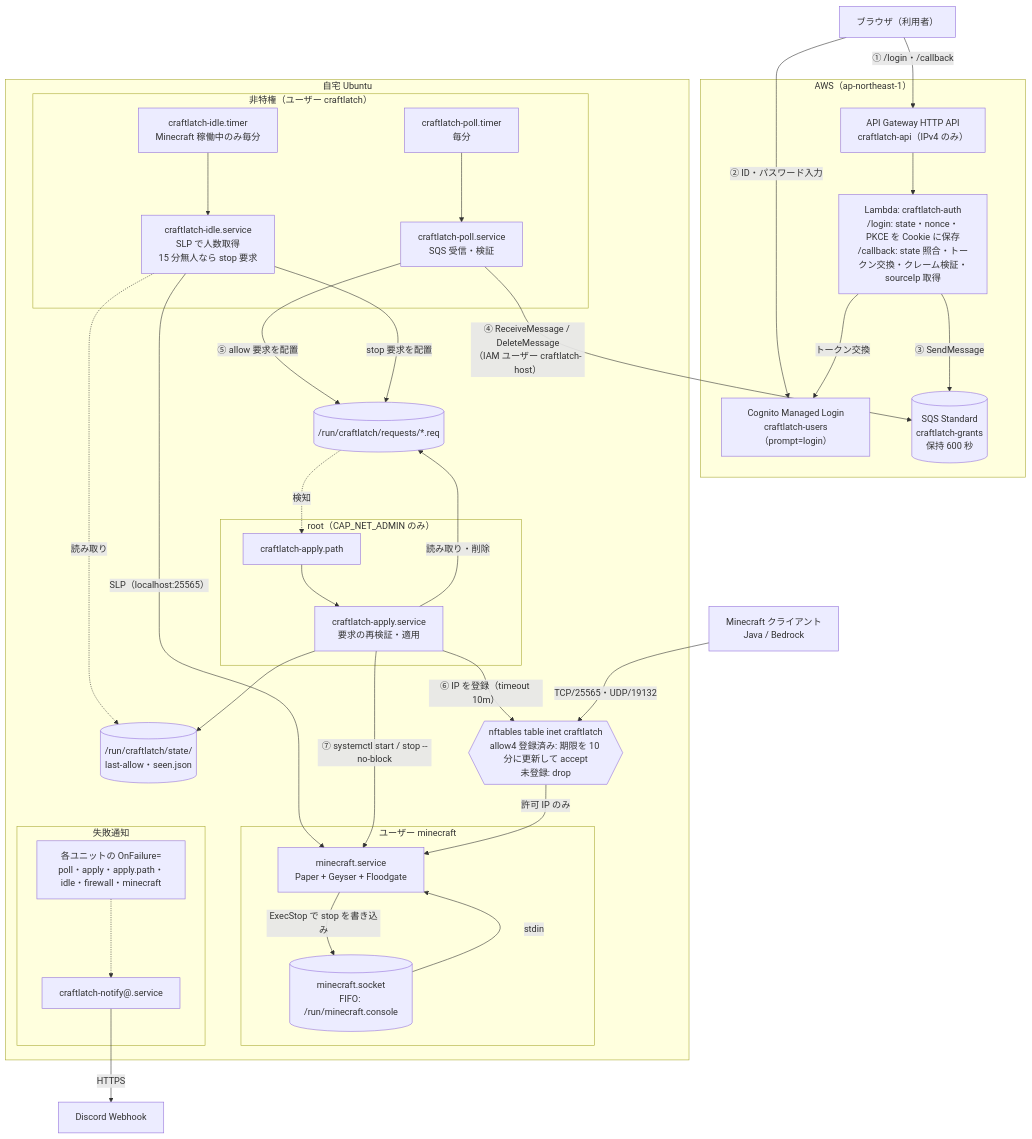
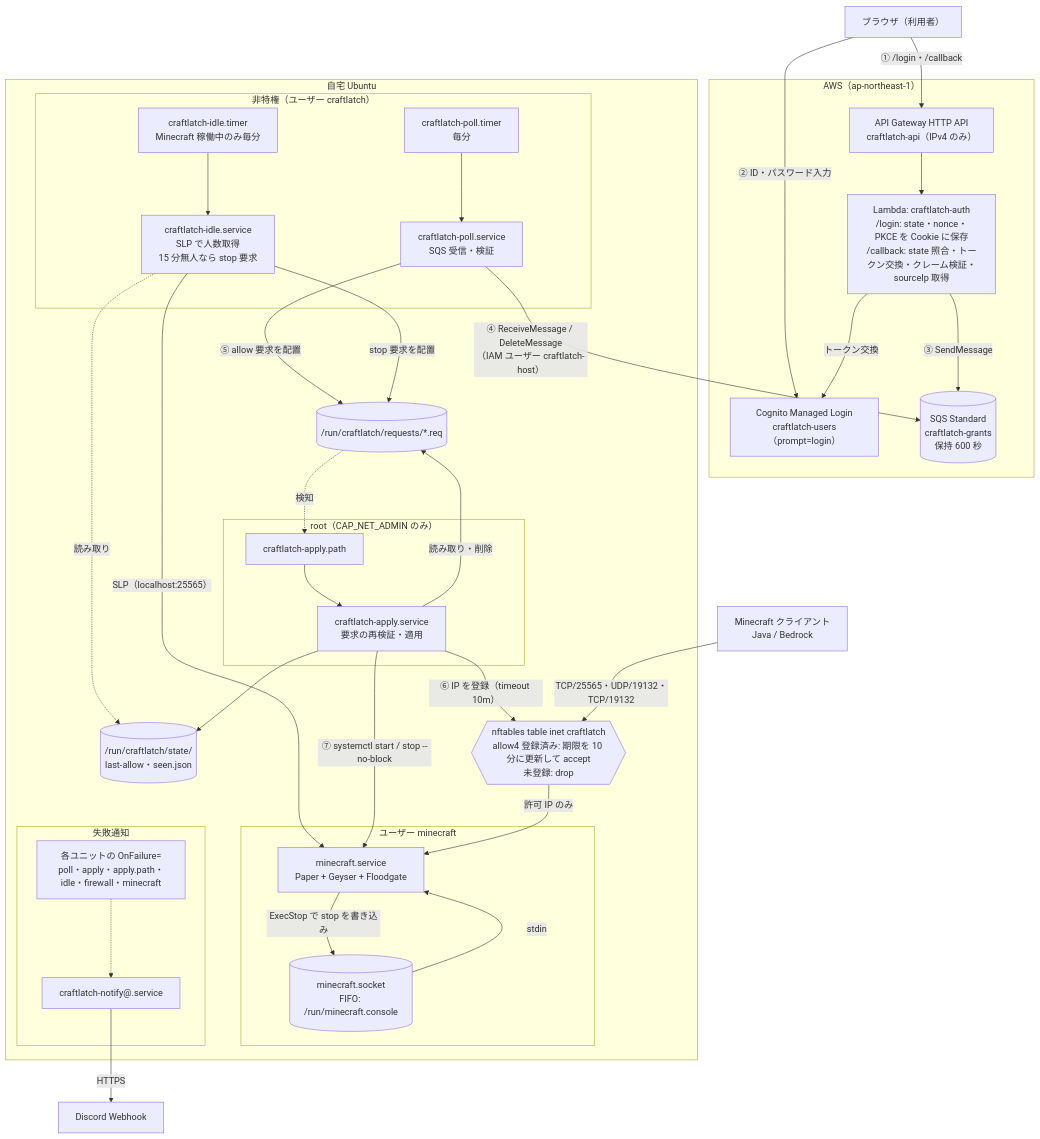
The first of 2 diagrams in docs/superpowers/specs/2026-11-01-craftlatch-design.md (Knu334-Inc/CraftLatch), drawn with Mermaid before and after one commit. The commit also changed other lines of this file and 11 other files, not shown here.

````diff
--- a/docs/superpowers/specs/2026-11-01-craftlatch-design.md
+++ b/docs/superpowers/specs/2026-11-01-craftlatch-design.md
@@ -83,62 +83,62 @@
 ```mermaid
 flowchart TB
     browser["ブラウザ（利用者）"]
     player["Minecraft クライアント<br/>Java / Bedrock"]
     discord["Discord Webhook"]
 
     subgraph aws["AWS（ap-northeast-1）"]
         apigw["API Gateway HTTP API<br/>craftlatch-api（IPv4 のみ）"]
         lambda["Lambda: craftlatch-auth<br/>/login: state・nonce・PKCE を Cookie に保存<br/>/callback: state 照合・トークン交換・クレーム検証・sourceIp 取得"]
         cognito["Cognito Managed Login<br/>craftlatch-users（prompt=login）"]
         sqs[("SQS Standard<br/>craftlatch-grants<br/>保持 600 秒")]
     end
 
     subgraph host["自宅 Ubuntu"]
         subgraph unpriv["非特権（ユーザー craftlatch）"]
             pollTimer["craftlatch-poll.timer<br/>毎分"]
             poll["craftlatch-poll.service<br/>SQS 受信・検証"]
             idleTimer["craftlatch-idle.timer<br/>Minecraft 稼働中のみ毎分"]
             idle["craftlatch-idle.service<br/>SLP で人数取得<br/>15 分無人なら stop 要求"]
         end
         requests[("/run/craftlatch/requests/*.req")]
         state[("/run/craftlatch/state/<br/>last-allow・seen.json")]
         subgraph priv["root（CAP_NET_ADMIN のみ）"]
             applyPath["craftlatch-apply.path"]
             apply["craftlatch-apply.service<br/>要求の再検証・適用"]
         end
         nft{{"nftables table inet craftlatch<br/>allow4 登録済み: 期限を 10 分に更新して accept<br/>未登録: drop"}}
         subgraph mc["ユーザー minecraft"]
             minecraft["minecraft.service<br/>Paper + Geyser + Floodgate"]
             fifo[("minecraft.socket<br/>FIFO: /run/minecraft.console")]
         end
         subgraph notifyGroup["失敗通知"]
             onfail
             notify["craftlatch-notify@.service"]
         end
     end
 
     browser -- "① /login・/callback" --> apigw
     apigw --> lambda
     browser -- "② ID・パスワード入力" --> cognito
     lambda -- "トークン交換" --> cognito
     lambda -- "③ SendMessage" --> sqs
     pollTimer --> poll
     poll -- "④ ReceiveMessage / DeleteMessage<br/>（IAM ユーザー craftlatch-host）" --> sqs
     poll -- "⑤ allow 要求を配置" --> requests
     idleTimer --> idle
     idle -- "SLP（localhost:25565）" --> minecraft
     idle -- "stop 要求を配置" --> requests
     idle -. "読み取り" .-> state
     requests -. "検知" .-> applyPath
     applyPath --> apply
     apply -- "読み取り・削除" --> requests
     apply -- "⑥ IP を登録（timeout 10m）" --> nft
     apply -- "⑦ systemctl start / stop --no-block" --> minecraft
     apply --> state
     minecraft -- "ExecStop で stop を書き込み" --> fifo
     fifo -- "stdin" --> minecraft
-    player -- "TCP/25565・UDP/19132" --> nft
+    player -- "TCP/25565・UDP/19132・TCP/19132" --> nft
     nft -- "許可 IP のみ" --> minecraft
     onfail["各ユニットの OnFailure=<br/>poll・apply・apply.path・idle・firewall・minecraft"] -.-> notify
     notify -- "HTTPS" --> discord
 ```
````
